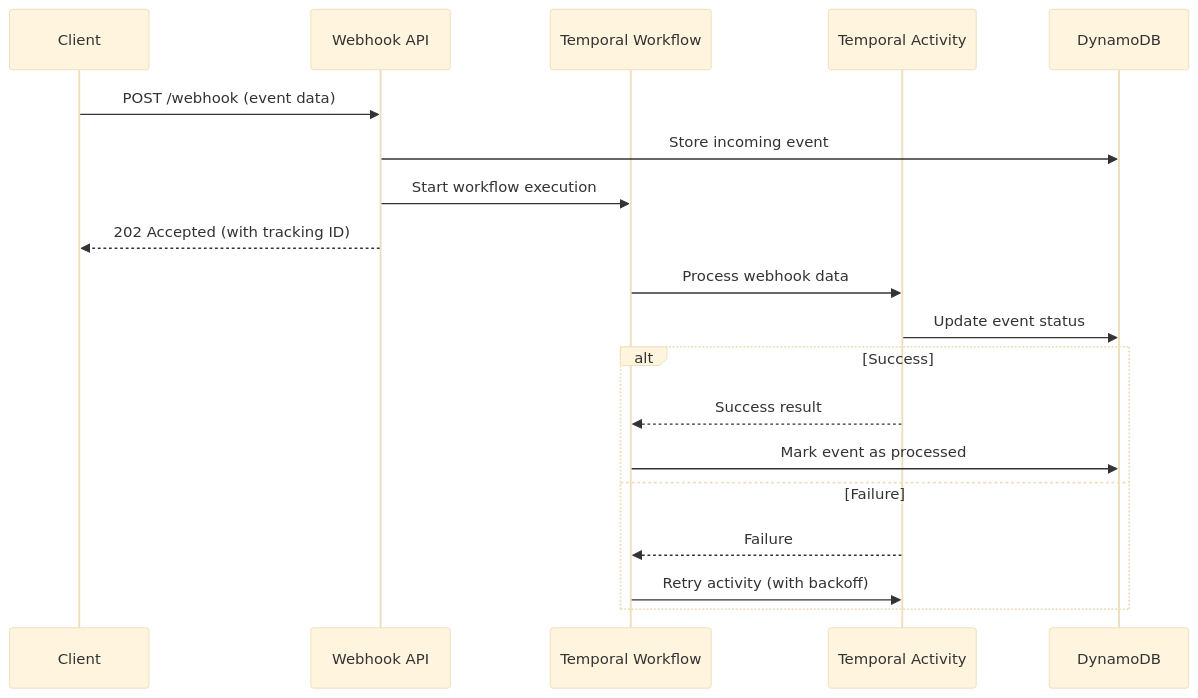
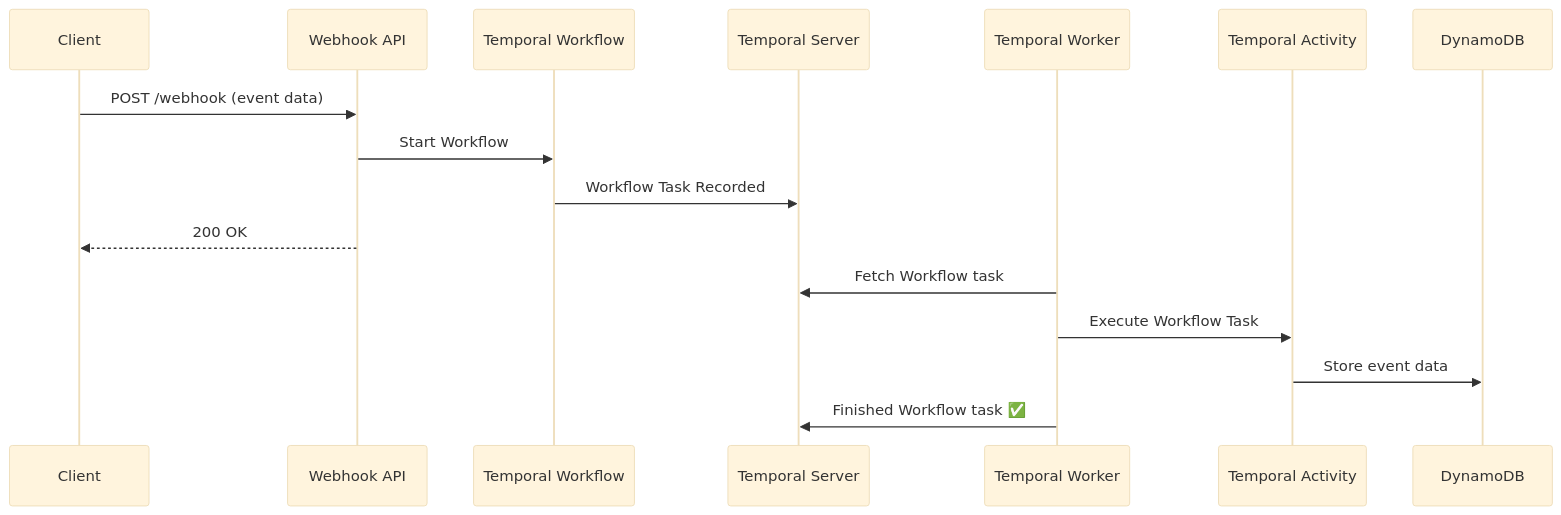
Before and after one commit to michael-oswald/20-temporal-apps: the diagram in 100-apps/app-1-webhook-consumer/README.md, drawn with Mermaid (base theme). The commit also changed other lines of this file, not shown here.

````diff
--- a/100-apps/app-1-webhook-consumer/README.md
+++ b/100-apps/app-1-webhook-consumer/README.md
@@ -19,24 +21,22 @@
 ```mermaid
 sequenceDiagram
     participant Client
     participant WebhookAPI as Webhook API
     participant Workflow as Temporal Workflow
+    participant Server as Temporal Server
+    participant Worker as Temporal Worker
     participant Activity as Temporal Activity
     participant DynamoDB
 
     Client->>WebhookAPI: POST /webhook (event data)
-    WebhookAPI->>DynamoDB: Store incoming event
-    WebhookAPI->>Workflow: Start workflow execution
-    WebhookAPI-->>Client: 202 Accepted (with tracking ID)
+    WebhookAPI->>Workflow: Start Workflow 
+    Workflow->>Server: Workflow Task Recorded
+    WebhookAPI-->>Client: 200 OK
+    Worker->>Server: Fetch Workflow task
+    Worker->>Activity: Execute Workflow Task
+    Activity->>DynamoDB: Store event data
+    Worker->>Server: Finished Workflow task ✅
     
-    Workflow->>Activity: Process webhook data
-    Activity->>DynamoDB: Update event status
     
-    alt Success
-        Activity-->>Workflow: Success result
-        Workflow->>DynamoDB: Mark event as processed
-    else Failure
-        Activity-->>Workflow: Failure
-        Workflow->>Activity: Retry activity (with backoff)
-    end
+    
  ```
````
